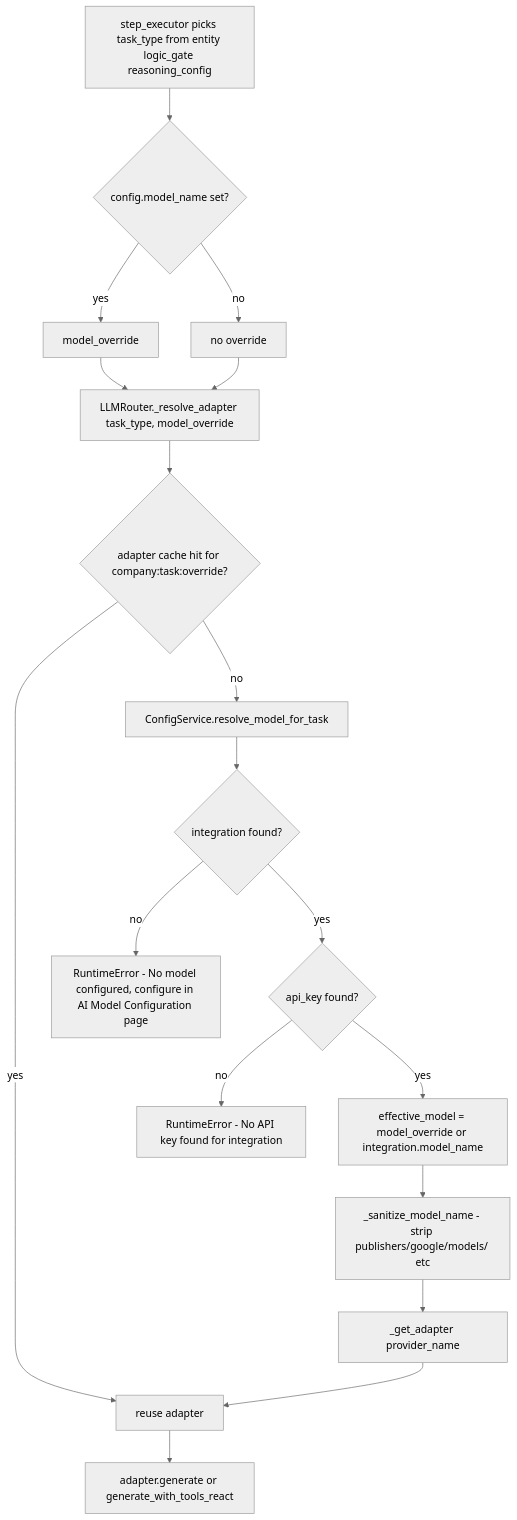
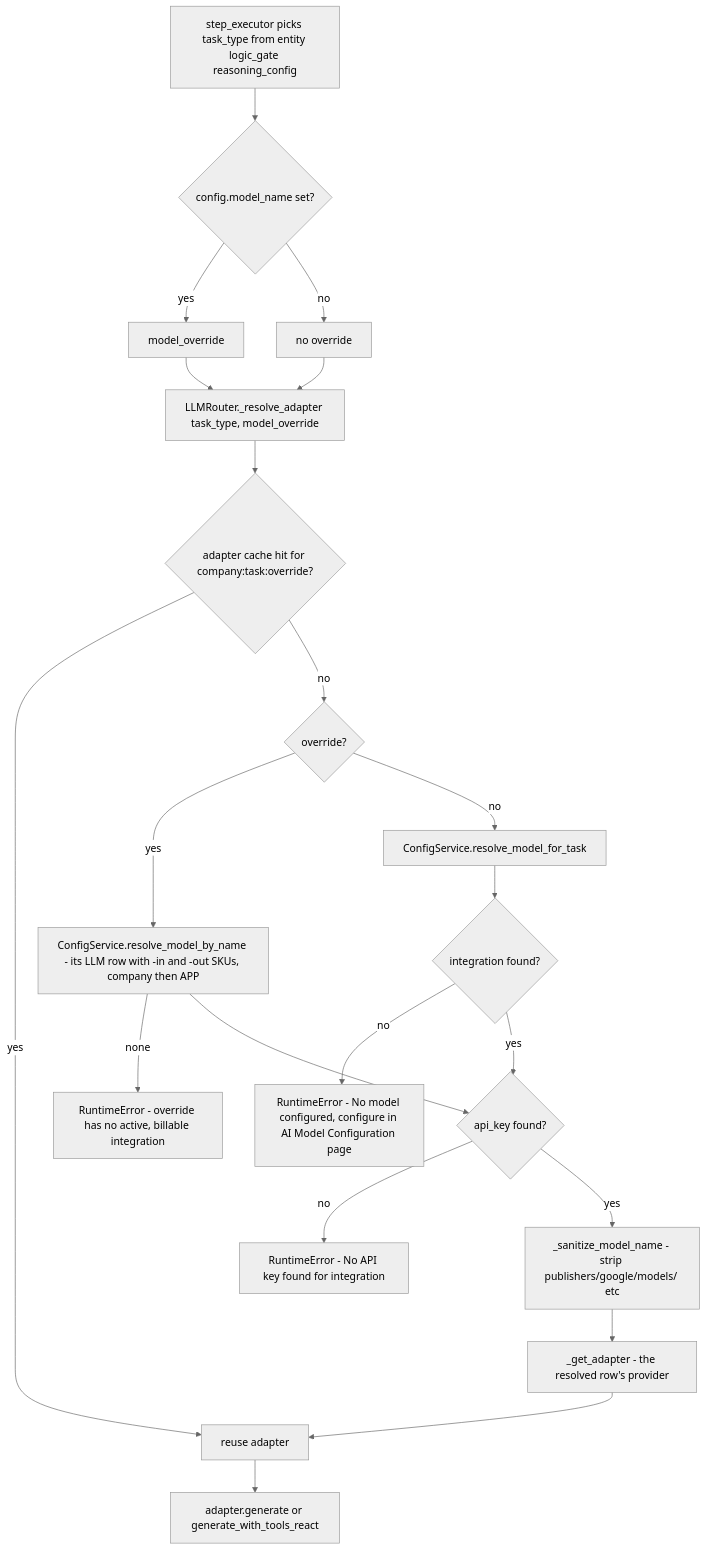
Before and after one commit to gondolerahul/hire-buddha-app: the seventh of 23 diagrams in docs/current/10-llm-providers.md, drawn with Mermaid (neutral theme). The commit also changed other lines of this file and 4 other files, not shown here.

First line of the commit message:
fix(llm): an entity's model override resolves through the registry and must be billable (LP-05)

````diff
--- a/docs/current/10-llm-providers.md
+++ b/docs/current/10-llm-providers.md
@@ -527,20 +527,23 @@
 ```mermaid
 flowchart TD
     A["step_executor picks task_type from entity logic_gate reasoning_config"] --> B{"config.model_name set?"}
     B -->|yes| MO["model_override"]
     B -->|no| NOMO["no override"]
     MO --> C
     NOMO --> C["LLMRouter._resolve_adapter task_type, model_override"]
     C --> D{"adapter cache hit for company:task:override?"}
     D -->|yes| Z["reuse adapter"]
-    D -->|no| E["ConfigService.resolve_model_for_task"]
+    D -->|no| O{"override?"}
+    O -->|yes| OV["ConfigService.resolve_model_by_name - its LLM row with -in and -out SKUs, company then APP"]
+    OV -->|none| X0["RuntimeError - override has no active, billable integration"]
+    O -->|no| E["ConfigService.resolve_model_for_task"]
     E --> F{"integration found?"}
     F -->|no| X1["RuntimeError - No model configured, configure in AI Model Configuration page"]
+    OV --> G
     F -->|yes| G{"api_key found?"}
     G -->|no| X2["RuntimeError - No API key found for integration"]
-    G -->|yes| H["effective_model = model_override or integration.model_name"]
-    H --> I["_sanitize_model_name - strip publishers/google/models/ etc"]
-    I --> J["_get_adapter provider_name"]
+    G -->|yes| I["_sanitize_model_name - strip publishers/google/models/ etc"]
+    I --> J["_get_adapter - the resolved row's provider"]
     J --> Z
     Z --> K["adapter.generate or generate_with_tools_react"]
 ```
````
